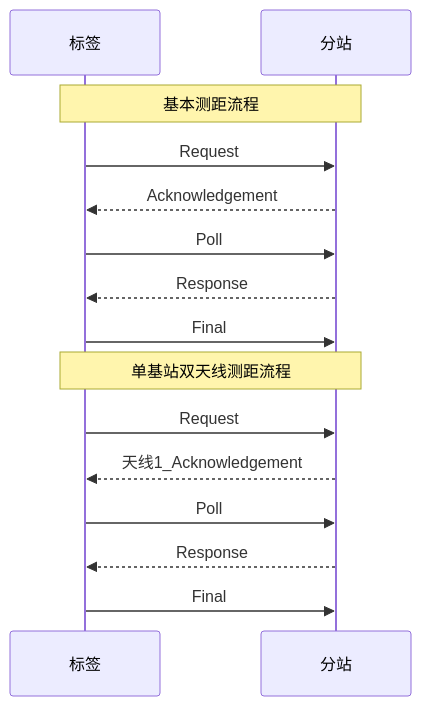
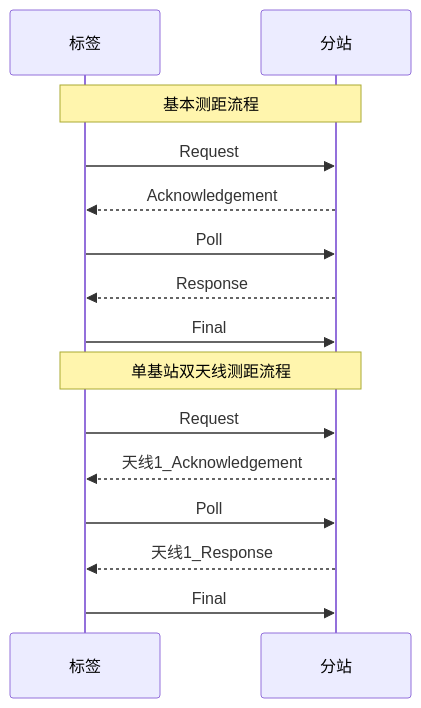
The diagram in all/未命名.md (geek-zhao/iodraw-files), drawn with Mermaid before and after one commit.

Commit message:
2024-08-17 14:06:12 update

````diff
--- a/all/未命名.md
+++ b/all/未命名.md
@@ -1,22 +1,22 @@
 ```mermaid
 sequenceDiagram
     participant tag as 标签
     participant anchor as 分站
 
     Note over tag,anchor: 基本测距流程
 
     tag->>anchor: Request
     anchor-->>tag: Acknowledgement
     tag->>anchor: Poll
     anchor-->>tag: Response
     tag->>anchor: Final       
 
     Note over tag,anchor: 单基站双天线测距流程
 
     tag->>anchor: Request
     anchor-->>tag: 天线1_Acknowledgement
     tag->>anchor: Poll
-    anchor-->>tag: Response
+    anchor-->>tag: 天线1_Response
     tag->>anchor: Final   
 
 ```
````
